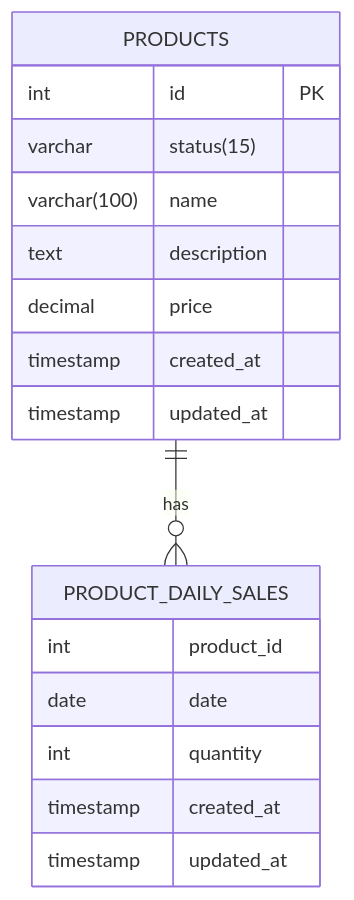
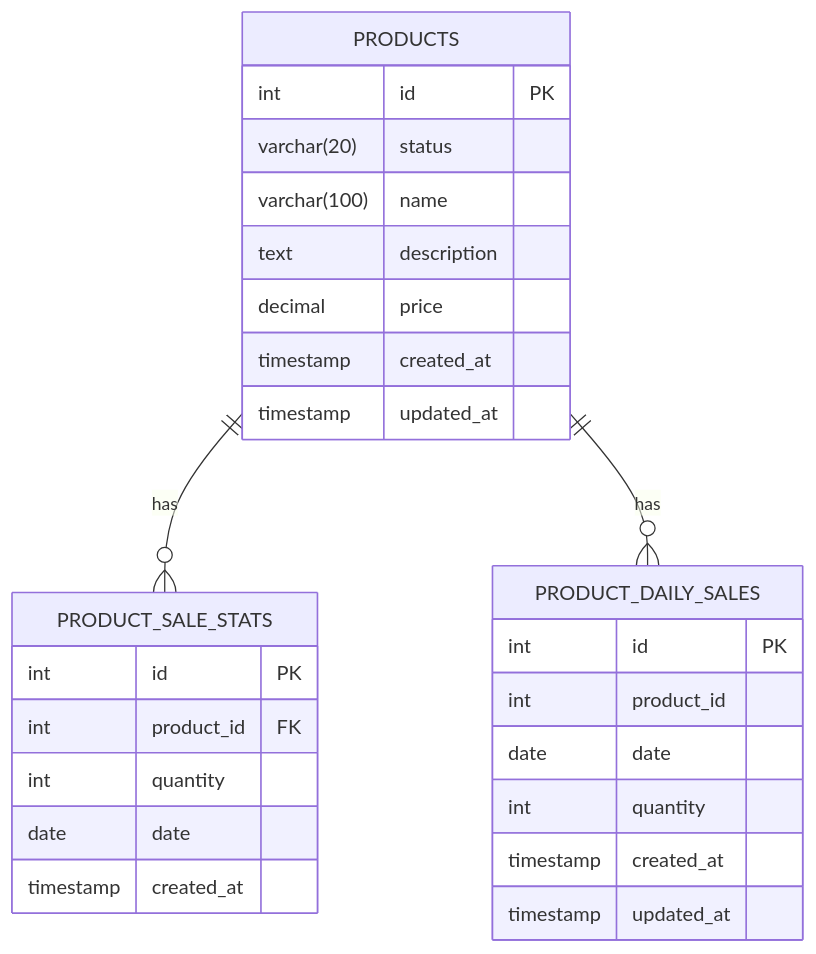
Before and after one commit to alert-kim/e-commerce: the third of 3 diagrams in docs/specs/product-stat.md, drawn with Mermaid. The commit also changed other lines of this file and 12 other files, not shown here.

````diff
--- a/docs/specs/product-stat.md
+++ b/docs/specs/product-stat.md
@@ -24,20 +48,30 @@
 ```mermaid
 erDiagram
-  PRODUCT_DAILY_SALES {
-    int product_id
-    date date
-    int quantity
-    timestamp created_at
-    timestamp updated_at
-  }
-  PRODUCTS {
-    int id PK
-    varchar status(15)
-    varchar(100) name
-    text description
-    decimal price
-    timestamp created_at
-    timestamp updated_at
-  }
-  PRODUCTS one to many PRODUCT_DAILY_SALES: has
+    PRODUCTS {
+        int id PK
+        varchar(20) status
+        varchar(100) name
+        text description
+        decimal price
+        timestamp created_at
+        timestamp updated_at
+    }
+    PRODUCT_SALE_STATS {
+        int id PK
+        int product_id FK
+        int quantity
+        date date
+        timestamp created_at
+    }
+    PRODUCT_DAILY_SALES {
+        int id PK
+        int product_id
+        date date
+        int quantity
+        timestamp created_at
+        timestamp updated_at
+    }
+    
+    PRODUCTS one to zero or more PRODUCT_SALE_STATS : has
+    PRODUCTS one to zero or more PRODUCT_DAILY_SALES : has
 ```
````
